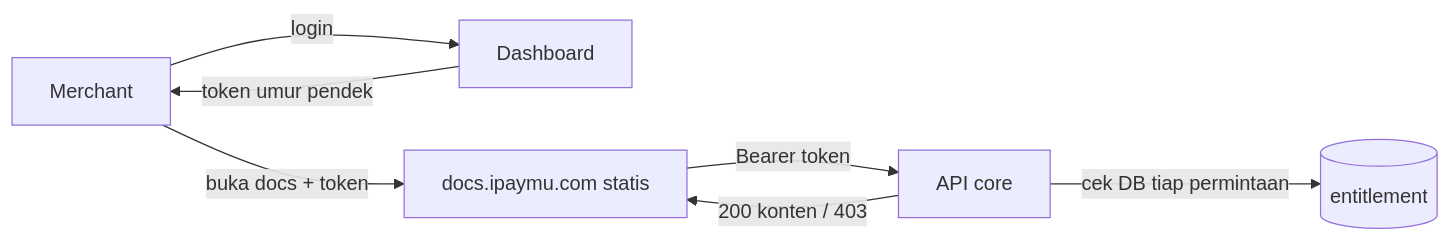
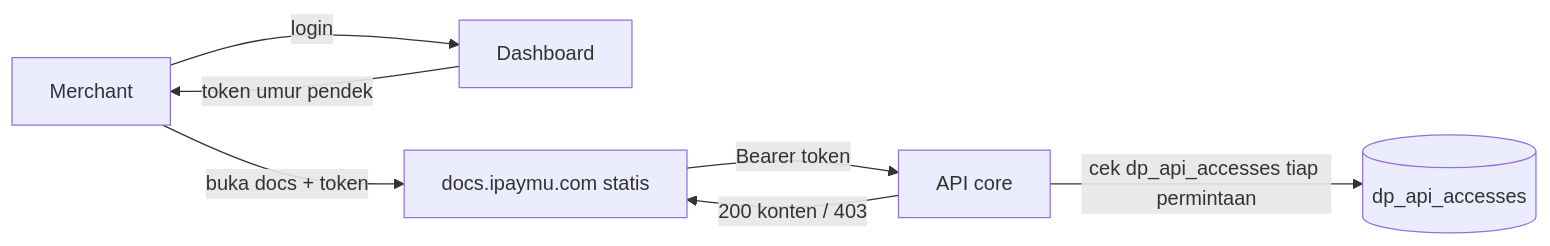
Before and after one commit to ipaymu/docs-ipaymu-api-v2: the diagram in PLAN-close-api-core.md, drawn with Mermaid. The commit also changed other lines of this file and 11 other files, not shown here.

````diff
--- a/PLAN-close-api-core.md
+++ b/PLAN-close-api-core.md
@@ -35,9 +55,9 @@
 ```mermaid
 flowchart LR
     M[Merchant] -->|login| D[Dashboard]
     D -->|token umur pendek| M
     M -->|buka docs + token| K[docs.ipaymu.com statis]
     K -->|Bearer token| A[API core]
-    A -->|cek DB tiap permintaan| DB[(entitlement)]
+    A -->|cek dp_api_accesses tiap permintaan| DB[(dp_api_accesses)]
     A -->|200 konten / 403| K
 ```
````
